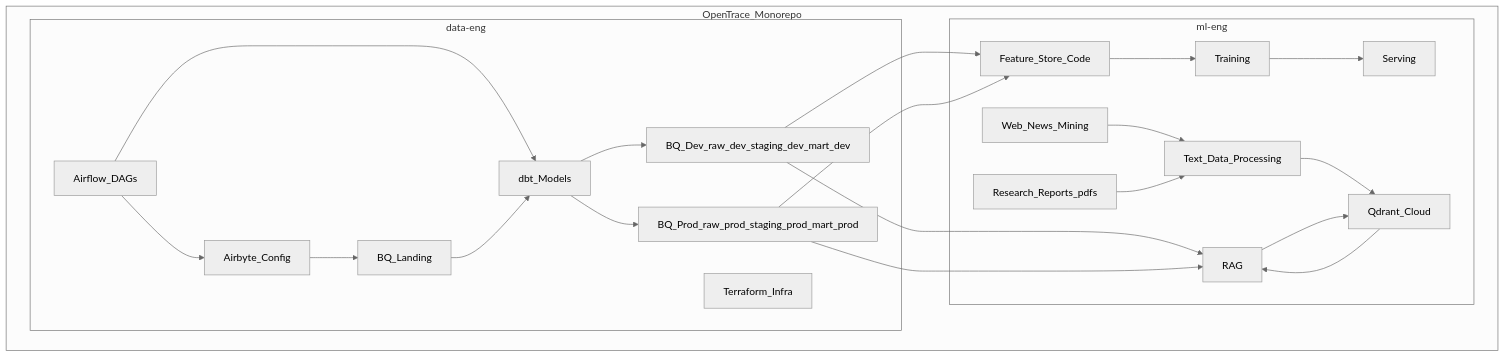
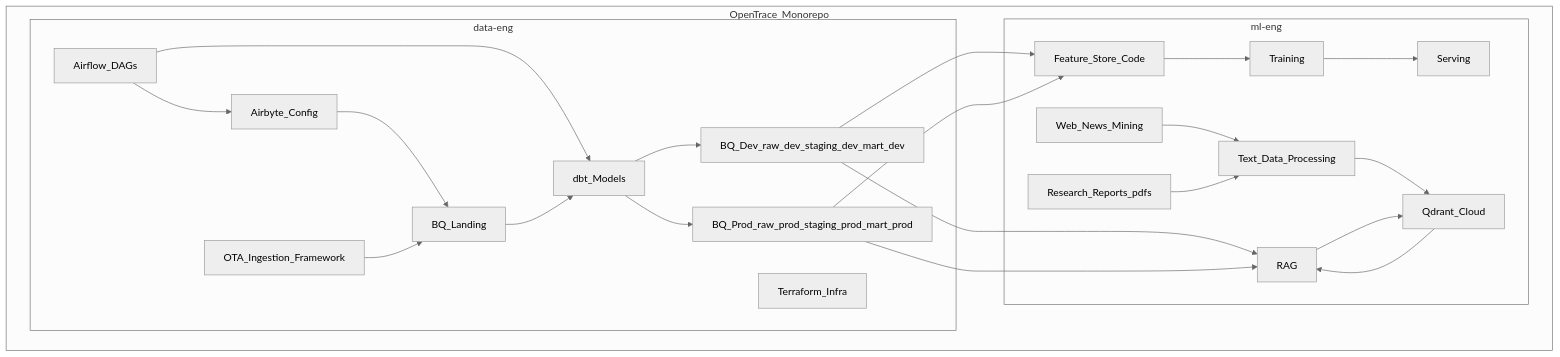
The diagram in README.md (open-trace/data-team), drawn with Mermaid (neutral theme) before and after one commit. The commit also changed other lines of this file and 60 other files, not shown here.

Commit message:
Add OTA ingestion framework through BigQuery landing

````diff
--- a/README.md
+++ b/README.md
@@ -15,45 +30,47 @@
 ```mermaid
 flowchart TD
   subgraph Monorepo[OpenTrace_Monorepo]
     subgraph DataEng[data-eng]
       Airbyte[Airbyte_Config]
+      OTA[OTA_Ingestion_Framework]
       Airflow[Airflow_DAGs]
       dbt[dbt_Models]
       BQLanding[BQ_Landing]
       BQDev[BQ_Dev_raw_dev_staging_dev_mart_dev]
       BQProd[BQ_Prod_raw_prod_staging_prod_mart_prod]
       Terraform[Terraform_Infra]
     end
 
     subgraph MLEng[ml-eng]
       Features[Feature_Store_Code]
       Training[Training]
       Serving[Serving]
       Research&otherPapers[Research_Reports_pdfs]
       WebNewsMining[Web_News_Mining]
       TextProcessing[Text_Data_Processing]
       RAG[RAG]
       Qdrant[Qdrant_Cloud]
     end
   end
 
   Airbyte --> BQLanding
+  OTA --> BQLanding
   Airflow --> Airbyte
   Airflow --> dbt
   dbt --> BQDev
   dbt --> BQProd
   BQLanding --> dbt
 
   BQDev --> Features
   BQProd --> Features
   Features --> Training
   Training --> Serving
 
   BQDev --> RAG
   BQProd --> RAG
   WebNewsMining --> TextProcessing
   Research&otherPapers --> TextProcessing
   TextProcessing --> Qdrant
   RAG --> Qdrant
   Qdrant --> RAG
 ```
````
